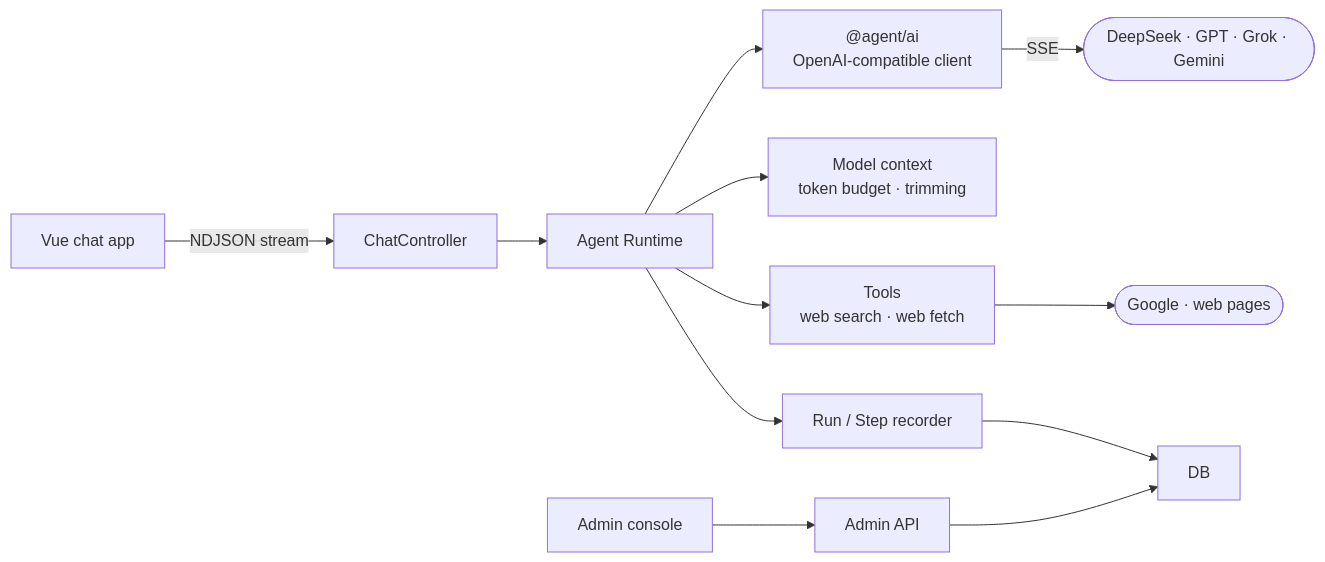
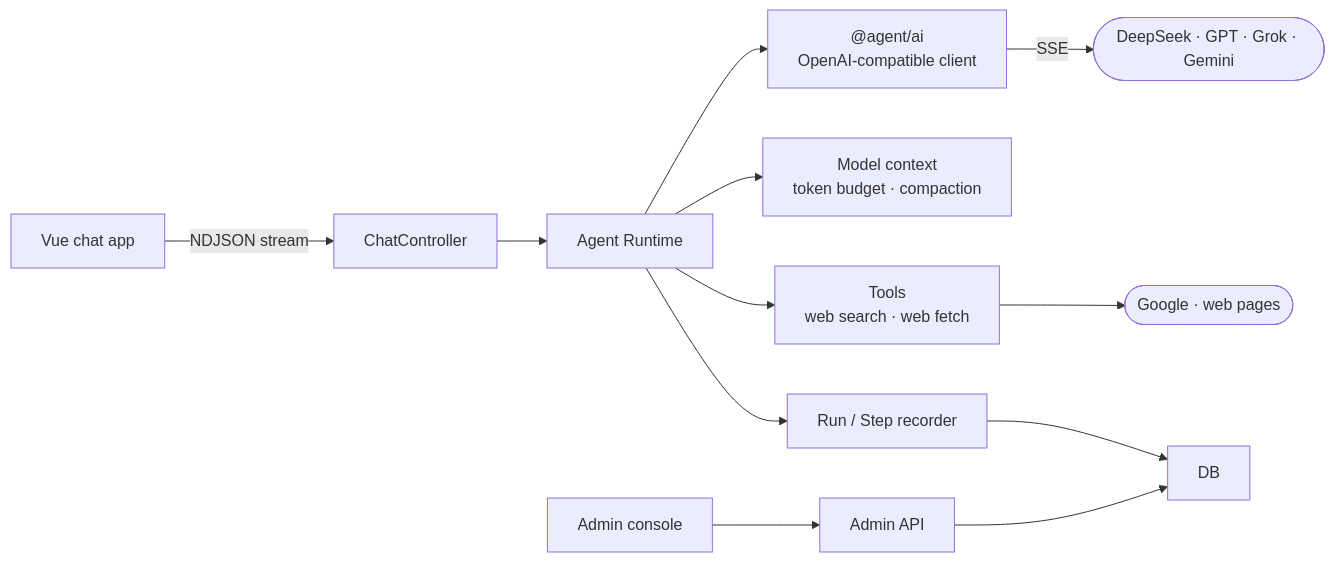
Before and after one commit to zqf20096327/dbhub_collect: the diagram in data/readmes/mufeiyu-ayu__agent.md, drawn with Mermaid. The commit also changed other lines of this file and 402 other files, not shown here.

````diff
--- a/data/readmes/mufeiyu-ayu__agent.md
+++ b/data/readmes/mufeiyu-ayu__agent.md
@@ -90,12 +91,12 @@
 ```mermaid
 flowchart LR
     Web[Vue chat app] -->|NDJSON stream| API[ChatController]
     Admin[Admin console] --> AdminAPI[Admin API]
     API --> Runtime[Agent Runtime]
-    Runtime --> Context[Model context<br/>token budget · trimming]
+    Runtime --> Context[Model context<br/>token budget · compaction]
     Runtime --> LLM["@agent/ai<br/>OpenAI-compatible client"]
     LLM -->|SSE| Providers([DeepSeek · GPT · Grok · Gemini])
     Runtime --> Tools[Tools<br/>web search · web fetch] --> Internet([Google · web pages])
     Runtime --> Recorder[Run / Step recorder] --> DB
     AdminAPI --> DB
 ```
````
